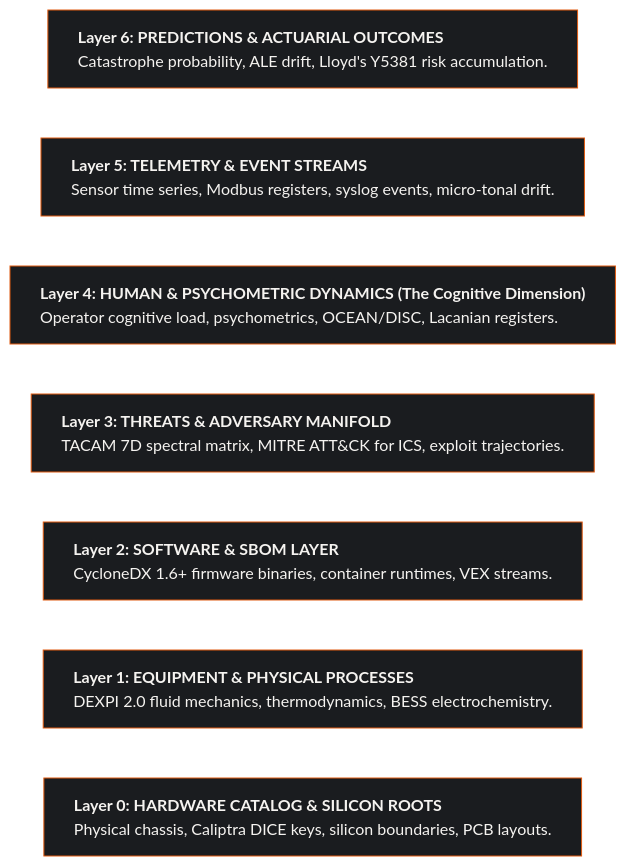
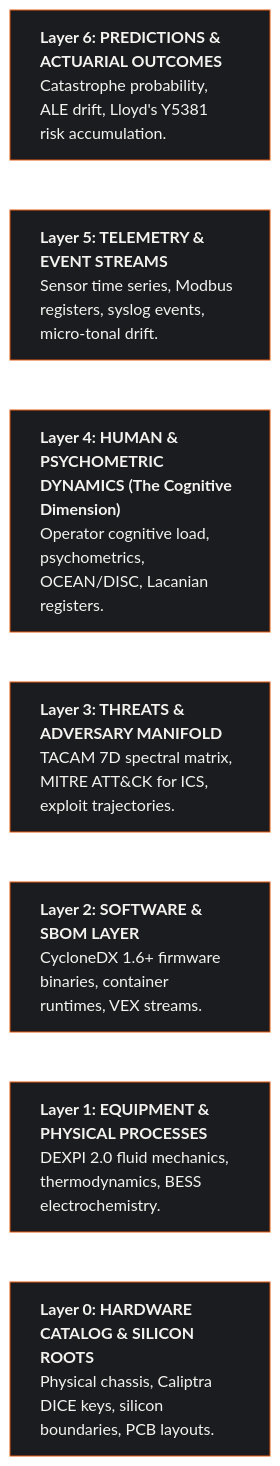
One commit to Planet9V/eigenia changed the first of 3 diagrams in references/WG-02-DT-Digital-Twin/WG-02-DT-Cognitive-Digital-Twin.md. Above: the diagram before and after it, drawn with Mermaid. The commit also changed 7 other files, not shown here.

First line of the commit message:
feat(WG-03-ML): convert the Loman Operator diagrams, widen mermaid labels

````diff
--- a/references/WG-02-DT-Digital-Twin/WG-02-DT-Cognitive-Digital-Twin.md
+++ b/references/WG-02-DT-Digital-Twin/WG-02-DT-Cognitive-Digital-Twin.md
@@ -19,24 +19,23 @@
 ```mermaid
-%%{init: {'flowchart': {'wrappingWidth': 620}}}%%
 graph BT
     accTitle: The seven architectural layers of the Cyber Digital Twin
     accDescr {
       A stack of seven layers, numbered 0 at the base to 6 at the top. Layer 0
       is the hardware catalog and silicon roots. Layer 1 is equipment and
       physical processes. Layer 2 is software and the SBOM. Layer 3 is threats
       and the adversary manifold. Layer 4 is human and psychometric dynamics,
       the cognitive dimension. Layer 5 is telemetry and event streams. Layer 6
       is predictions and actuarial outcomes. The layers are stacked rather than
       sequenced: the diagram states their order, not a flow between them.
     }
     L0["<b>Layer 0: HARDWARE CATALOG &amp; SILICON ROOTS</b><br/>Physical chassis, Caliptra DICE keys, silicon boundaries, PCB layouts."]
     L1["<b>Layer 1: EQUIPMENT &amp; PHYSICAL PROCESSES</b><br/>DEXPI 2.0 fluid mechanics, thermodynamics, BESS electrochemistry."]
     L2["<b>Layer 2: SOFTWARE &amp; SBOM LAYER</b><br/>CycloneDX 1.6+ firmware binaries, container runtimes, VEX streams."]
     L3["<b>Layer 3: THREATS &amp; ADVERSARY MANIFOLD</b><br/>TACAM 7D spectral matrix, MITRE ATT&amp;CK for ICS, exploit trajectories."]
     L4["<b>Layer 4: HUMAN &amp; PSYCHOMETRIC DYNAMICS (The Cognitive Dimension)</b><br/>Operator cognitive load, psychometrics, OCEAN/DISC, Lacanian registers."]
     L5["<b>Layer 5: TELEMETRY &amp; EVENT STREAMS</b><br/>Sensor time series, Modbus registers, syslog events, micro-tonal drift."]
     L6["<b>Layer 6: PREDICTIONS &amp; ACTUARIAL OUTCOMES</b><br/>Catastrophe probability, ALE drift, Lloyd's Y5381 risk accumulation."]
     L0 ~~~ L1 ~~~ L2 ~~~ L3 ~~~ L4 ~~~ L5 ~~~ L6
     classDef layer fill:#1a1c1f,stroke:#E05A10,stroke-width:1px,color:#f5f3f0,text-align:left;
     class L0,L1,L2,L3,L4,L5,L6 layer;
 ```
````
